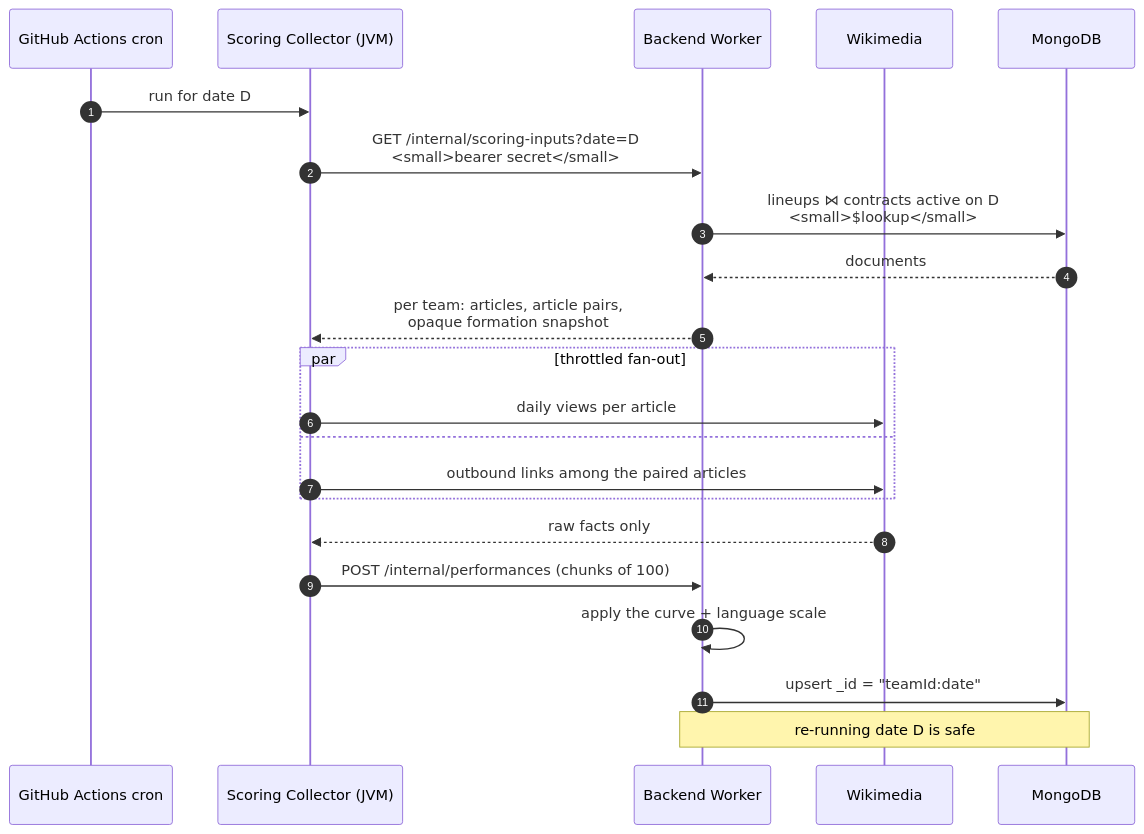
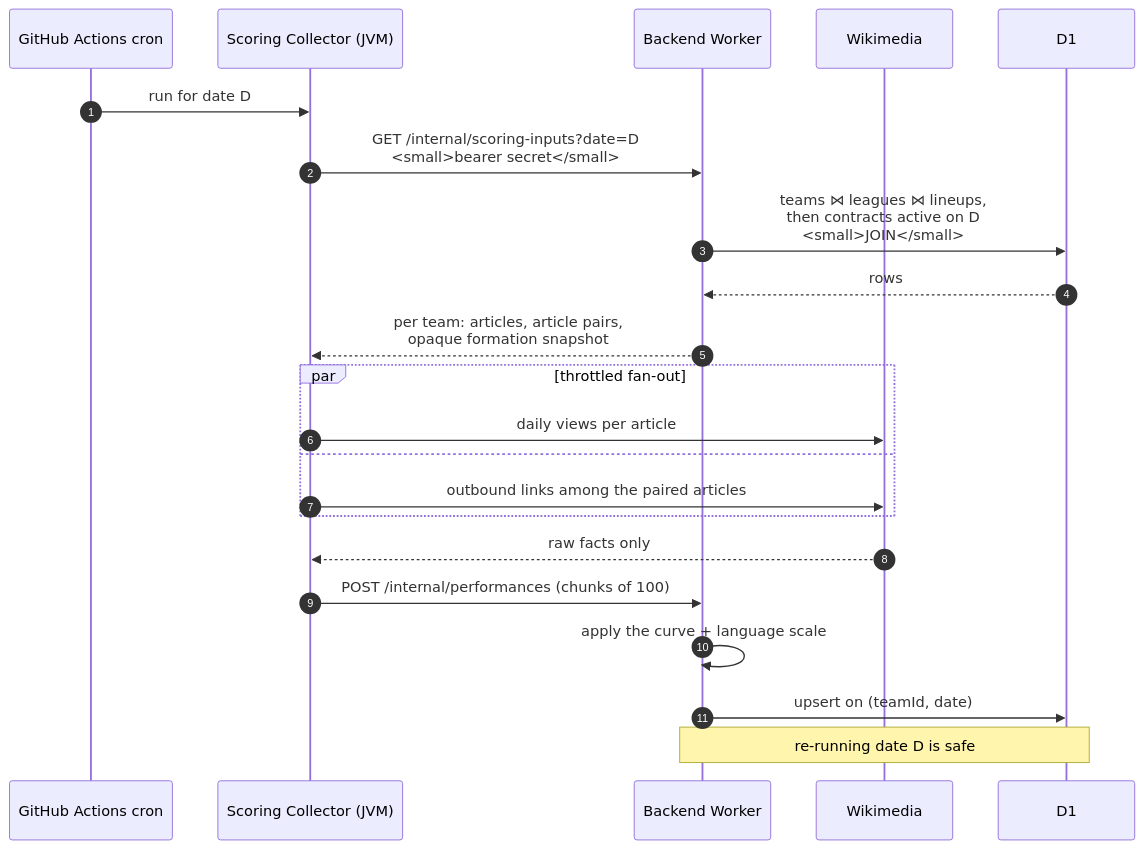
Before and after one commit to FantasyWiki/FantasyWiki: the fourth of 6 diagrams in docs/site/pages/architecture/data-flow.md, drawn with Mermaid. The commit also changed other lines of this file and 30 other files, not shown here.

````diff
--- a/docs/site/pages/architecture/data-flow.md
+++ b/docs/site/pages/architecture/data-flow.md
@@ -170,27 +172,27 @@
 ```mermaid
 sequenceDiagram
   autonumber
   participant CR as GitHub Actions cron
   participant CO as Scoring Collector (JVM)
   participant BE as Backend Worker
   participant WM as Wikimedia
-  participant DB as MongoDB
+  participant DB as D1
 
   CR->>CO: run for date D
   CO->>BE: GET /internal/scoring-inputs?date=D<br/><small>bearer secret</small>
-  BE->>DB: lineups ⋈ contracts active on D<br/><small>$lookup</small>
-  DB-->>BE: documents
+  BE->>DB: teams ⋈ leagues ⋈ lineups,<br/>then contracts active on D<br/><small>JOIN</small>
+  DB-->>BE: rows
   BE-->>CO: per team: articles, article pairs,<br/>opaque formation snapshot
 
   par throttled fan-out
     CO->>WM: daily views per article
   and
     CO->>WM: outbound links among the paired articles
   end
   WM-->>CO: raw facts only
 
   CO->>BE: POST /internal/performances (chunks of 100)
   BE->>BE: apply the curve + language scale
-  BE->>DB: upsert _id = "teamId:date"
+  BE->>DB: upsert on (teamId, date)
   Note over BE,DB: re-running date D is safe
 ```
````
